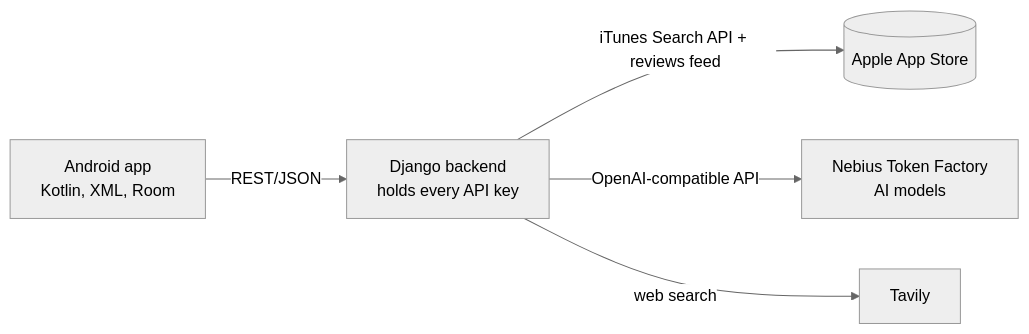
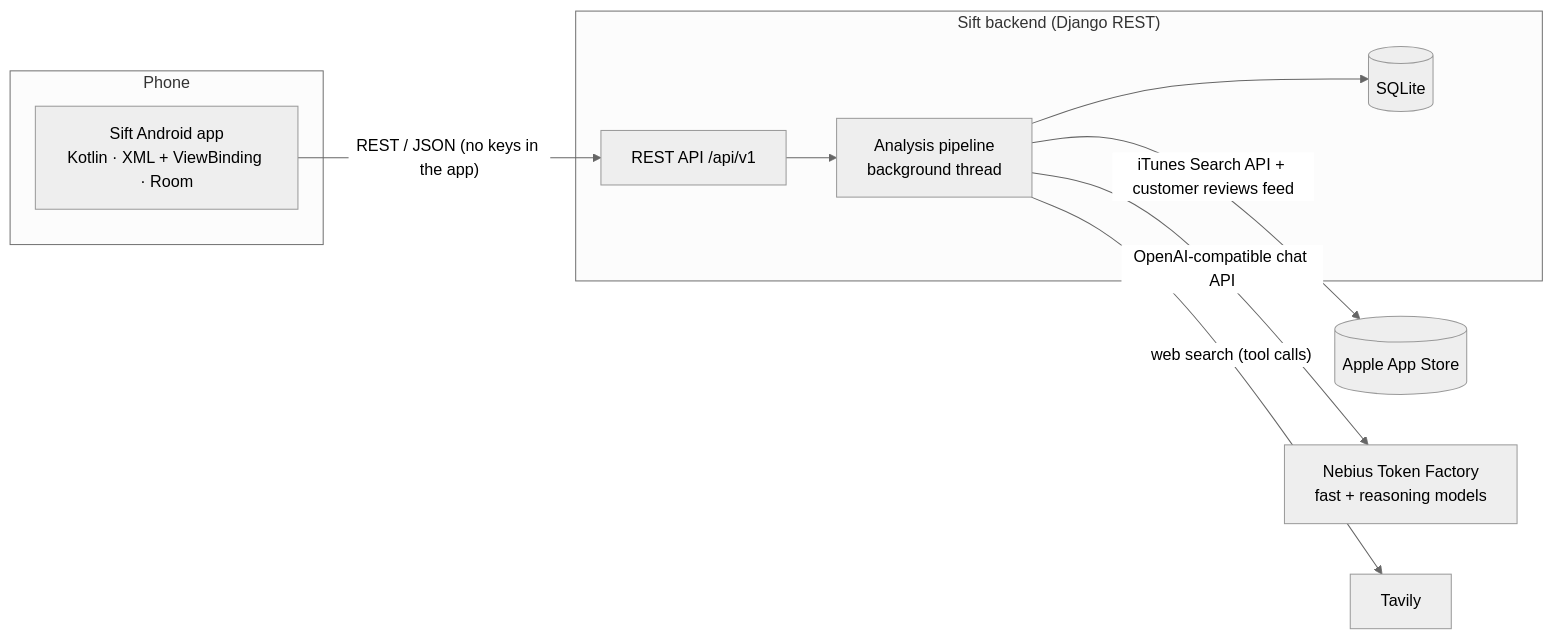
The diagram in README.md (Saad875/Sift-App-Review-Intelligence), drawn with Mermaid (neutral theme) before and after one commit. The commit also changed other lines of this file and 8 other files, not shown here.

First line of the commit message:
Collect reviews before the AI step, clear missing-key messages, full README and judges' guide

````diff
--- a/README.md
+++ b/README.md
@@ -51,7 +80,14 @@
 ```mermaid
 flowchart LR
-    A[Android app<br/>Kotlin, XML, Room] -- REST/JSON --> B[Django backend<br/>holds every API key]
-    B -- iTunes Search API + reviews feed --> C[(Apple App Store)]
-    B -- OpenAI-compatible API --> D[Nebius Token Factory<br/>AI models]
-    B -- web search --> E[Tavily]
+    subgraph Phone
+      A[Sift Android app<br/>Kotlin · XML + ViewBinding · Room]
+    end
+    subgraph Server["Sift backend (Django REST)"]
+      B[REST API /api/v1] --> P[Analysis pipeline<br/>background thread]
+      P --> DB[(SQLite)]
+    end
+    A -- "REST / JSON (no keys in the app)" --> B
+    P -- "iTunes Search API + customer reviews feed" --> C[(Apple App Store)]
+    P -- "OpenAI-compatible chat API" --> D[Nebius Token Factory<br/>fast + reasoning models]
+    P -- "web search (tool calls)" --> E[Tavily]
 ```
````
